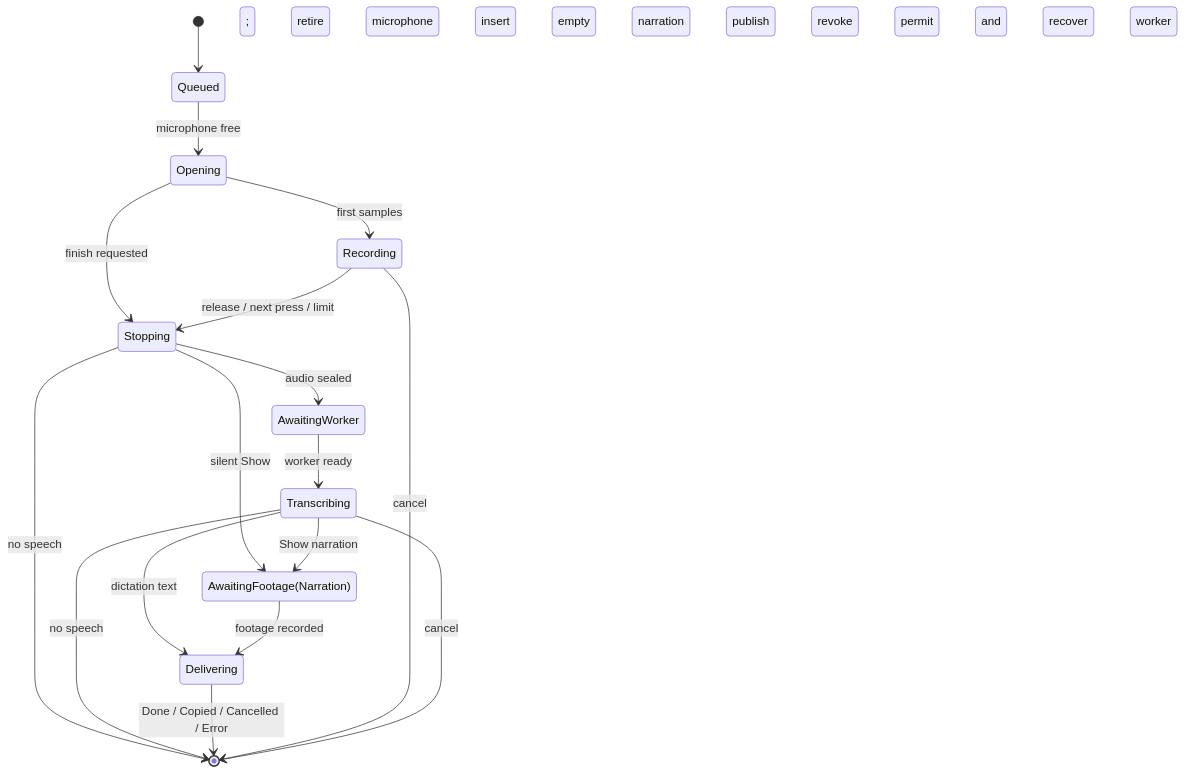
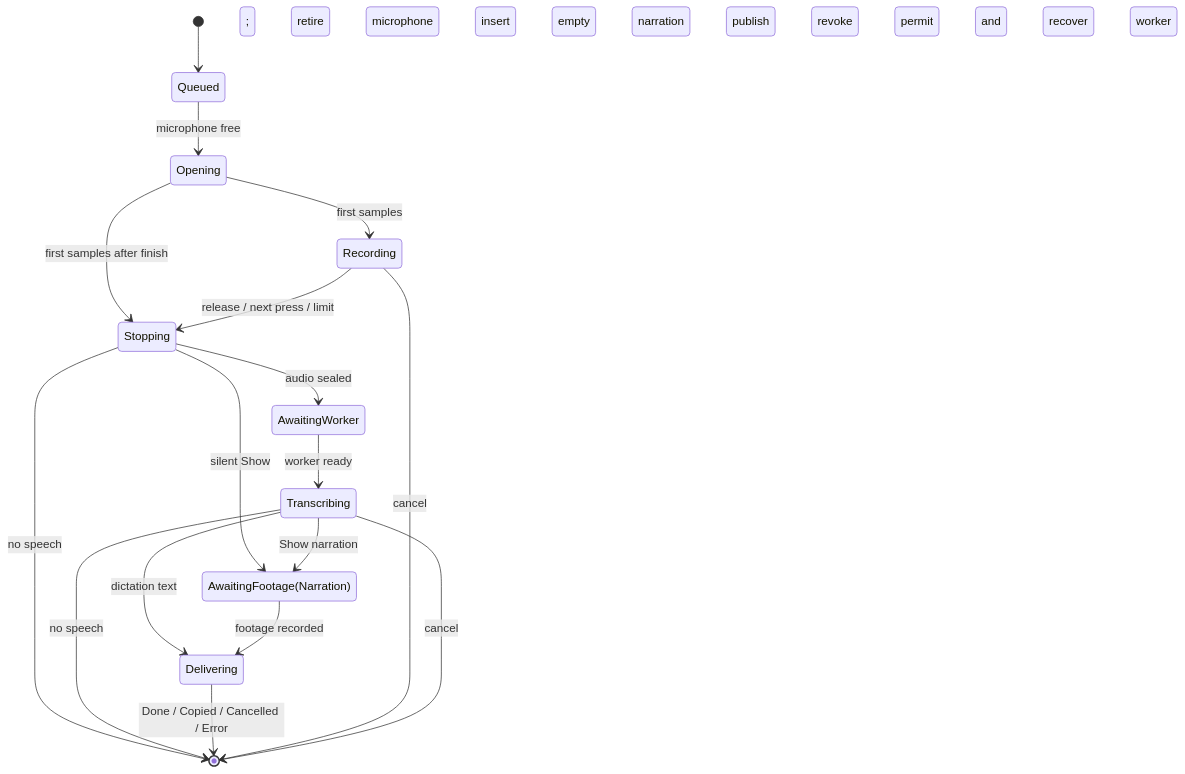
One commit to KrishRVH/speakeasy changed the second of 2 diagrams in docs/architecture.md. Above: the diagram before and after it, drawn with Mermaid. The commit also changed other lines of this file and 3 other files, not shown here.

````diff
--- a/docs/architecture.md
+++ b/docs/architecture.md
@@ -175,20 +181,20 @@
 ```mermaid
 stateDiagram-v2
     state "AwaitingFootage(Narration)" as AwaitingFootage
     [*] --> Queued
     Queued --> Opening: microphone free
     Opening --> Recording: first samples
-    Opening --> Stopping: finish requested
+    Opening --> Stopping: first samples after finish
     Recording --> Stopping: release / next press / limit
     Stopping --> AwaitingWorker: audio sealed; retire microphone
     Stopping --> [*]: no speech
     AwaitingWorker --> Transcribing: worker ready
     Transcribing --> Delivering: dictation text; insert
     Transcribing --> [*]: no speech
     Stopping --> AwaitingFootage: silent Show; empty narration
     Transcribing --> AwaitingFootage: Show narration
     AwaitingFootage --> Delivering: footage recorded; publish
     Delivering --> [*]: Done / Copied / Cancelled / Error
     Recording --> [*]: cancel; revoke permit and retire
     Transcribing --> [*]: cancel; revoke permit and recover worker
 ```
````
